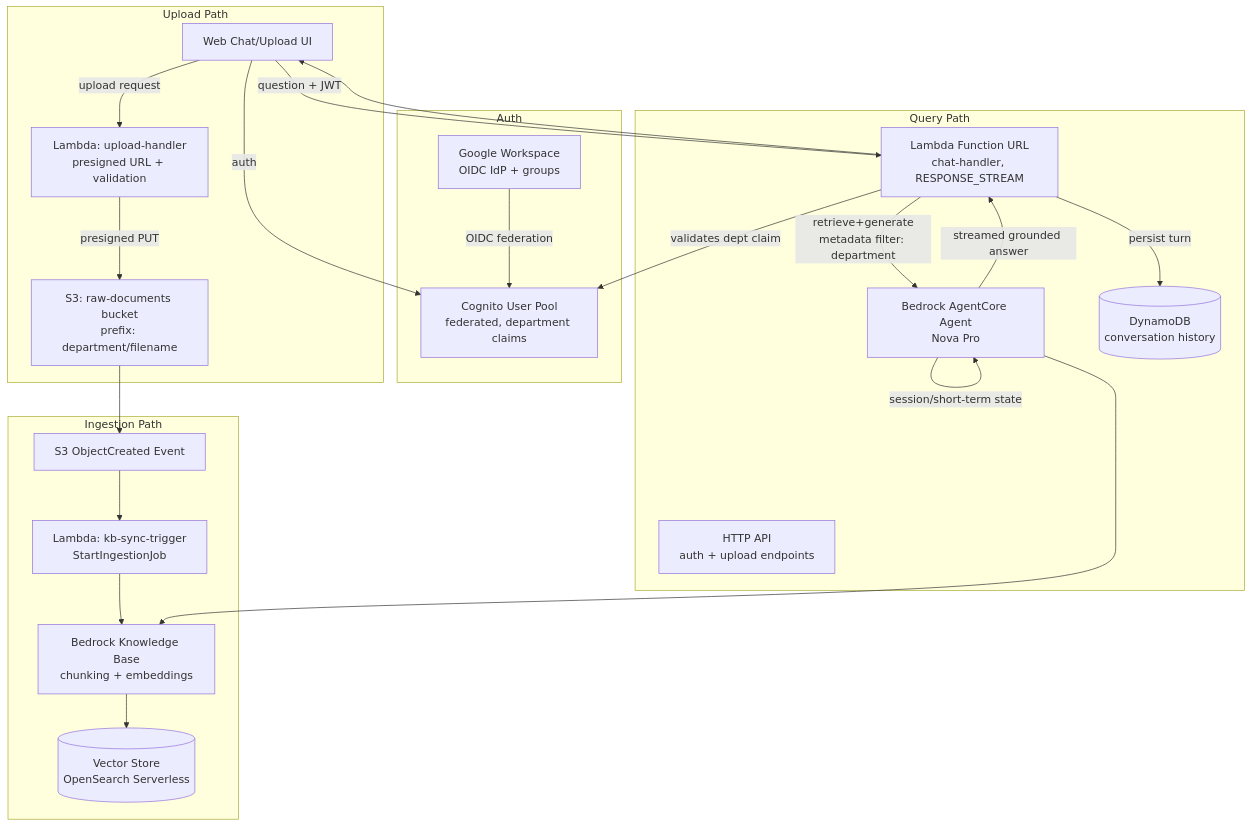
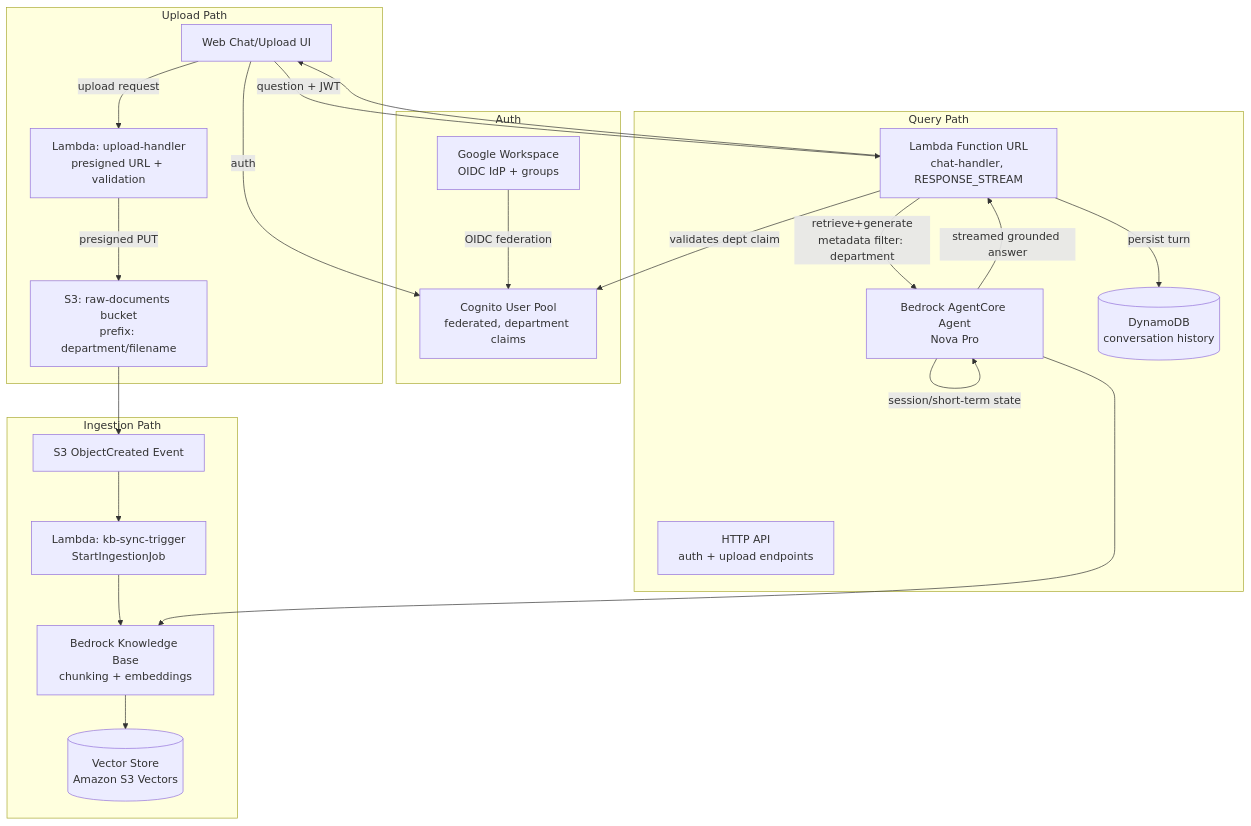
One commit to cesschneider/aws-bedrock-agent-core changed the diagram in specs/rag-knowledge-agent-spec.md. Above: the diagram before and after it, drawn with Mermaid. The commit also changed other lines of this file and 2 other files, not shown here.

````diff
--- a/specs/rag-knowledge-agent-spec.md
+++ b/specs/rag-knowledge-agent-spec.md
@@ -25,42 +27,42 @@
 ```mermaid
 flowchart TD
     subgraph Auth
         GWS[Google Workspace<br/>OIDC IdP + groups]
         COG[Cognito User Pool<br/>federated, department claims]
         GWS -- OIDC federation --> COG
     end
 
     subgraph Upload Path
         FE[Web Chat/Upload UI]
         S3IN[S3: raw-documents bucket<br/>prefix: department/filename]
         LUP[Lambda: upload-handler<br/>presigned URL + validation]
     end
 
     subgraph Ingestion Path
         S3EVT[S3 ObjectCreated Event]
         LSYNC[Lambda: kb-sync-trigger<br/>StartIngestionJob]
         KB[Bedrock Knowledge Base<br/>chunking + embeddings]
-        VS[(Vector Store<br/>OpenSearch Serverless)]
+        VS[(Vector Store<br/>Amazon S3 Vectors)]
     end
 
     subgraph Query Path
         APIGW[HTTP API<br/>auth + upload endpoints]
         LCHAT[Lambda Function URL<br/>chat-handler, RESPONSE_STREAM]
         AC[Bedrock AgentCore Agent<br/>Nova Pro]
         DDB[(DynamoDB<br/>conversation history)]
     end
 
     FE -- auth --> COG
     FE -- upload request --> LUP
     LUP -- presigned PUT --> S3IN
     S3IN --> S3EVT --> LSYNC --> KB
     KB --> VS
 
     FE -- question + JWT --> LCHAT
     LCHAT -- validates dept claim --> COG
     LCHAT -- retrieve+generate<br/>metadata filter: department --> AC
     AC --> KB
     AC -- session/short-term state --> AC
     LCHAT -- persist turn --> DDB
     AC -- streamed grounded answer --> LCHAT --> FE
 ```
````
